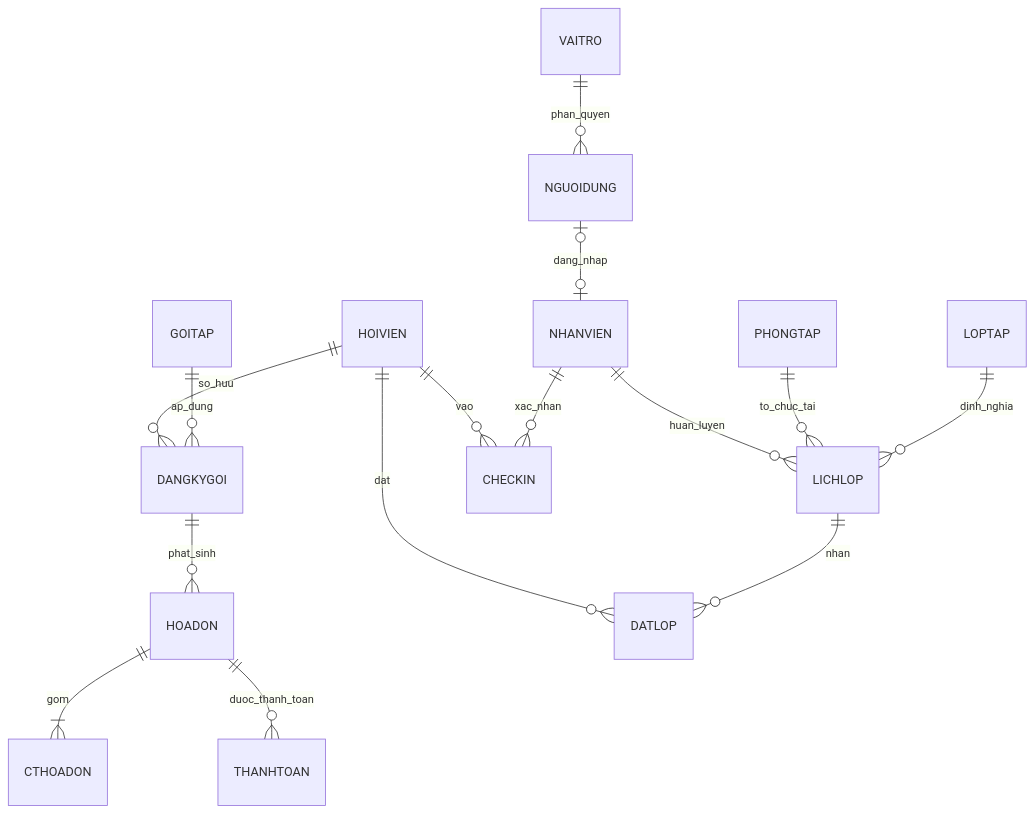
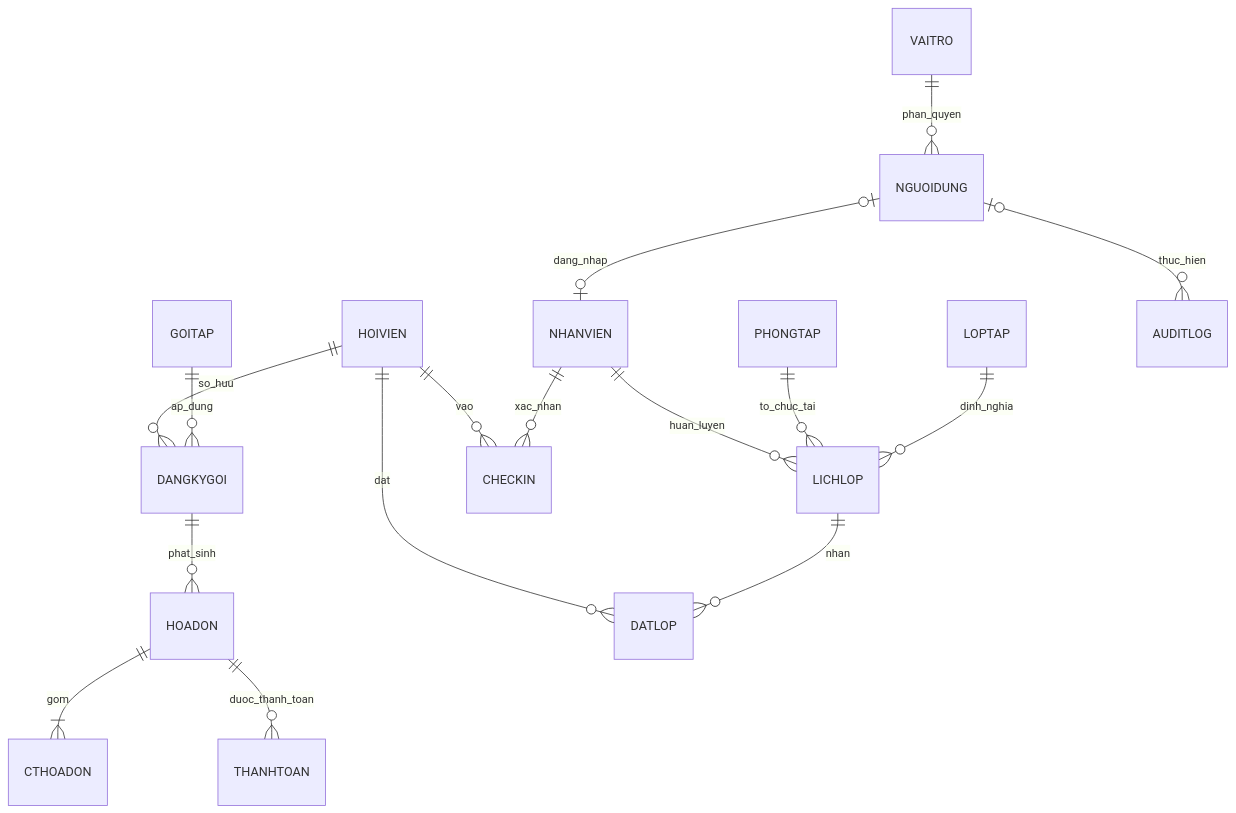
Before and after one commit to vhoanglong54/DBMS_FINALPROJECT: the third of 3 diagrams in docs/ARCHITECTURE.md, drawn with Mermaid. The commit also changed other lines of this file and 14 other files, not shown here.

Commit message:
feat(db): establish core gym schema and security

````diff
--- a/docs/ARCHITECTURE.md
+++ b/docs/ARCHITECTURE.md
@@ -57,17 +57,18 @@
 ```mermaid
 erDiagram
   VAITRO ||--o{ NGUOIDUNG : phan_quyen
   NGUOIDUNG o|--o| NHANVIEN : dang_nhap
   HOIVIEN ||--o{ DANGKYGOI : so_huu
   GOITAP ||--o{ DANGKYGOI : ap_dung
   DANGKYGOI ||--o{ HOADON : phat_sinh
   HOADON ||--|{ CTHOADON : gom
   HOADON ||--o{ THANHTOAN : duoc_thanh_toan
   NHANVIEN ||--o{ LICHLOP : huan_luyen
   PHONGTAP ||--o{ LICHLOP : to_chuc_tai
   LOPTAP ||--o{ LICHLOP : dinh_nghia
   HOIVIEN ||--o{ DATLOP : dat
   LICHLOP ||--o{ DATLOP : nhan
   HOIVIEN ||--o{ CHECKIN : vao
   NHANVIEN ||--o{ CHECKIN : xac_nhan
+  NGUOIDUNG o|--o{ AUDITLOG : thuc_hien
 ```
````
